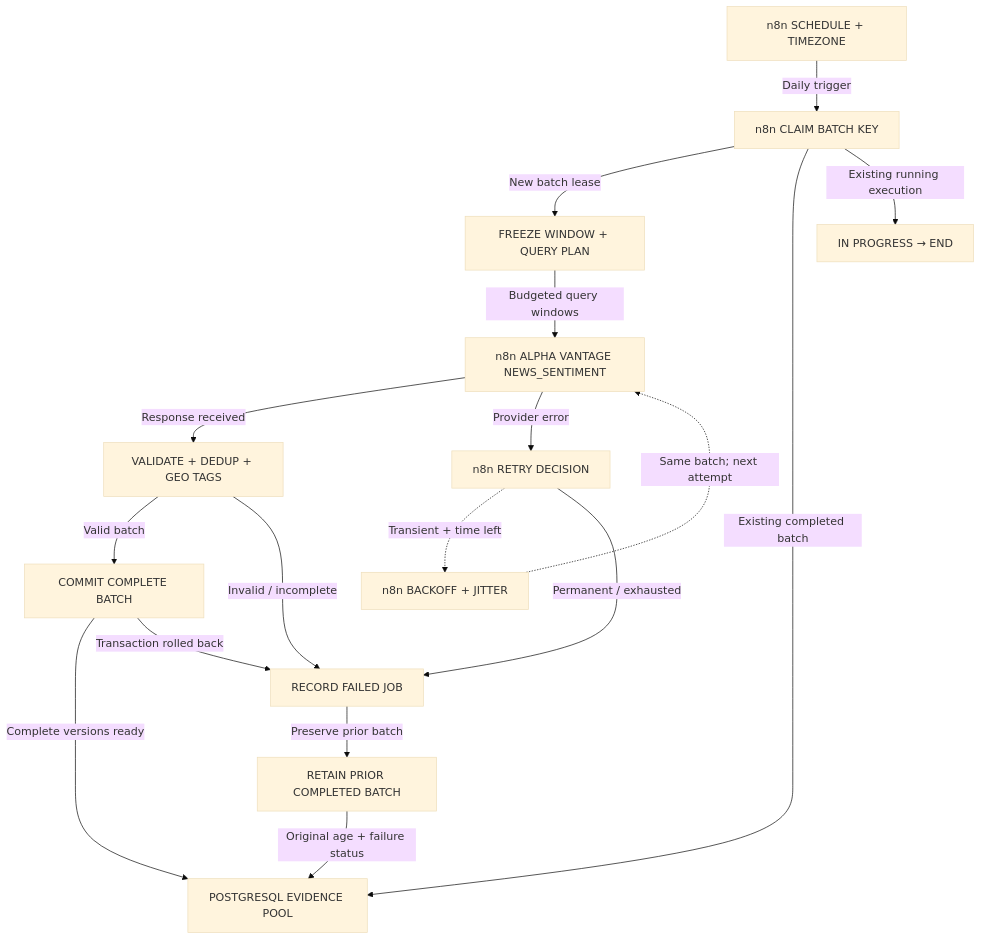
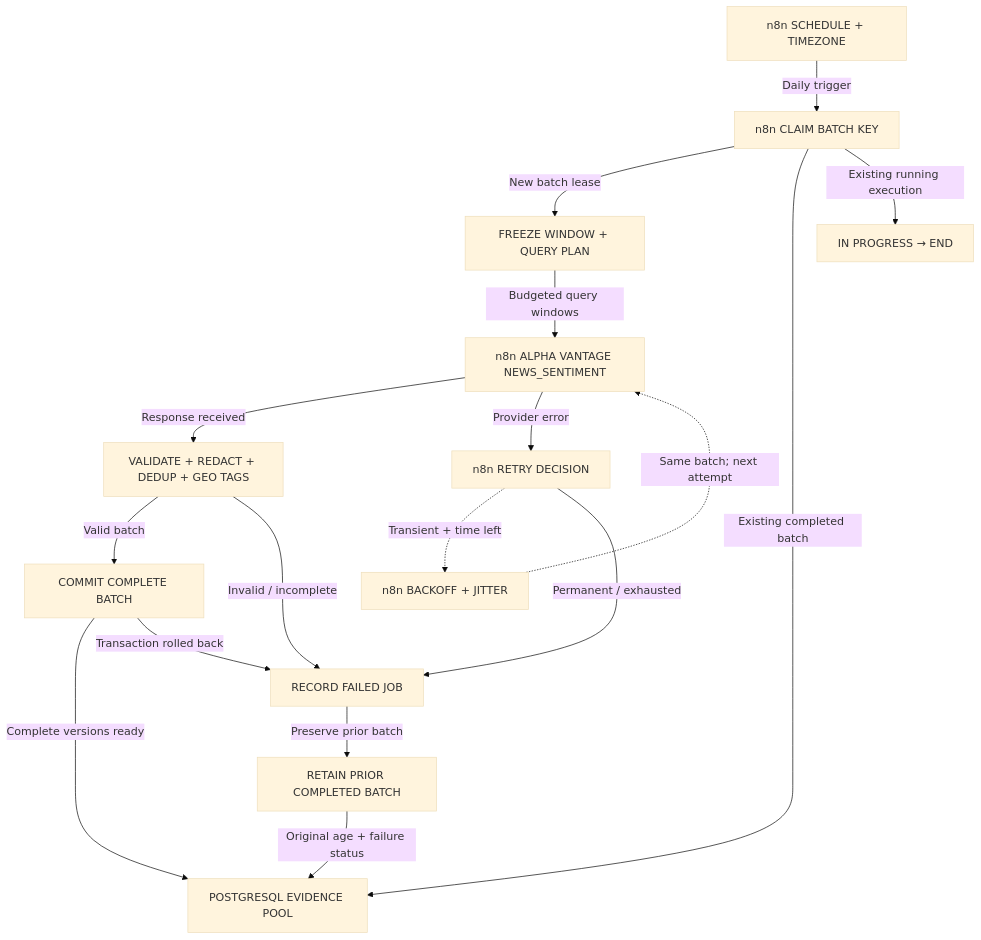
One commit to ByronHo68/ai-learning-academy changed diagram 13 of 18 in docs/FINANCE_WORKFLOW_ATLAS.md. Above: the diagram before and after it, drawn with Mermaid (base theme). The commit also changed other lines of this file and 64 other files, not shown here.

````diff
--- a/docs/FINANCE_WORKFLOW_ATLAS.md
+++ b/docs/FINANCE_WORKFLOW_ATLAS.md
@@ -826,31 +919,31 @@
 ```mermaid
 flowchart TD
   n0["n8n SCHEDULE + TIMEZONE"]
   n1["n8n CLAIM BATCH KEY"]
   n2["IN PROGRESS → END"]
   n3["FREEZE WINDOW + QUERY PLAN"]
   n4["n8n ALPHA VANTAGE NEWS_SENTIMENT"]
   n5["n8n RETRY DECISION"]
   n6["n8n BACKOFF + JITTER"]
-  n7["VALIDATE + DEDUP + GEO TAGS"]
+  n7["VALIDATE + REDACT + DEDUP + GEO TAGS"]
   n8["COMMIT COMPLETE BATCH"]
   n9["RECORD FAILED JOB"]
   n10["RETAIN PRIOR COMPLETED BATCH"]
   n11["POSTGRESQL EVIDENCE POOL"]
   n0 -- "Daily trigger" --> n1
   n1 -- "New batch lease" --> n3
   n3 -- "Budgeted query windows" --> n4
   n1 -- "Existing completed batch" --> n11
   n1 -- "Existing running execution" --> n2
   n4 -- "Response received" --> n7
   n4 -- "Provider error" --> n5
   n5 -. "Transient + time left" .-> n6
   n6 -. "Same batch; next attempt" .-> n4
   n5 -- "Permanent / exhausted" --> n9
   n7 -- "Valid batch" --> n8
   n7 -- "Invalid / incomplete" --> n9
   n8 -- "Complete versions ready" --> n11
   n8 -- "Transaction rolled back" --> n9
   n9 -- "Preserve prior batch" --> n10
   n10 -- "Original age + failure status" --> n11
 ```
````
